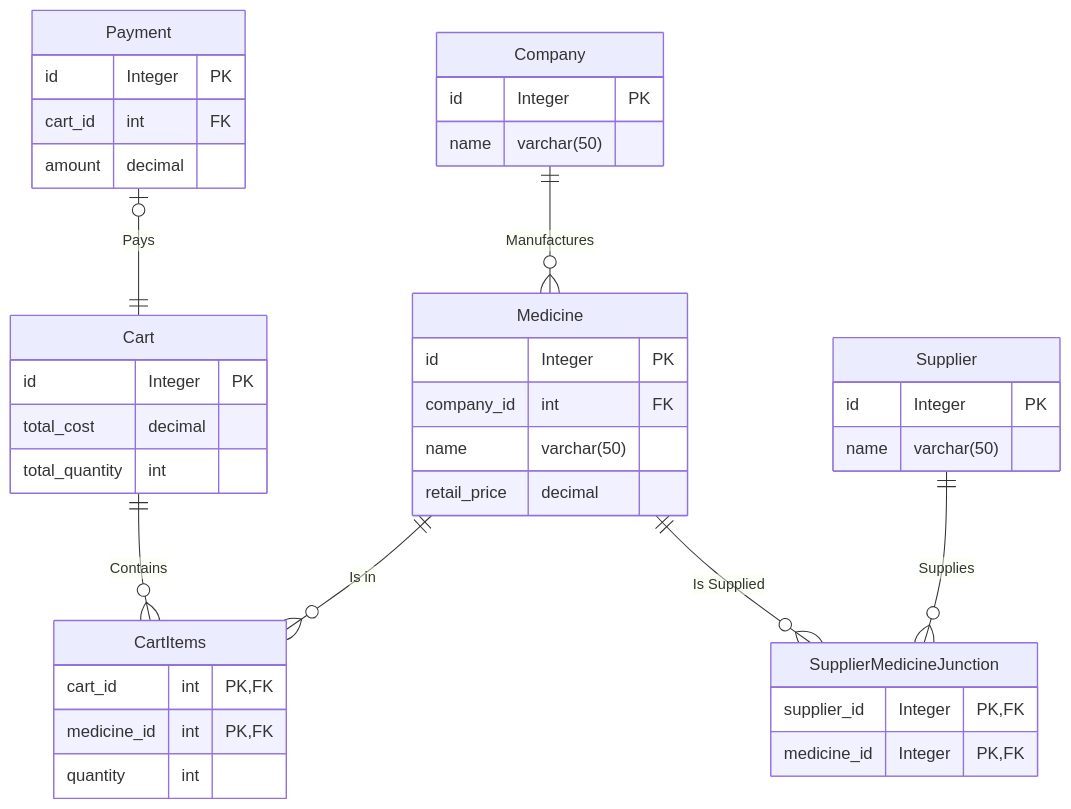
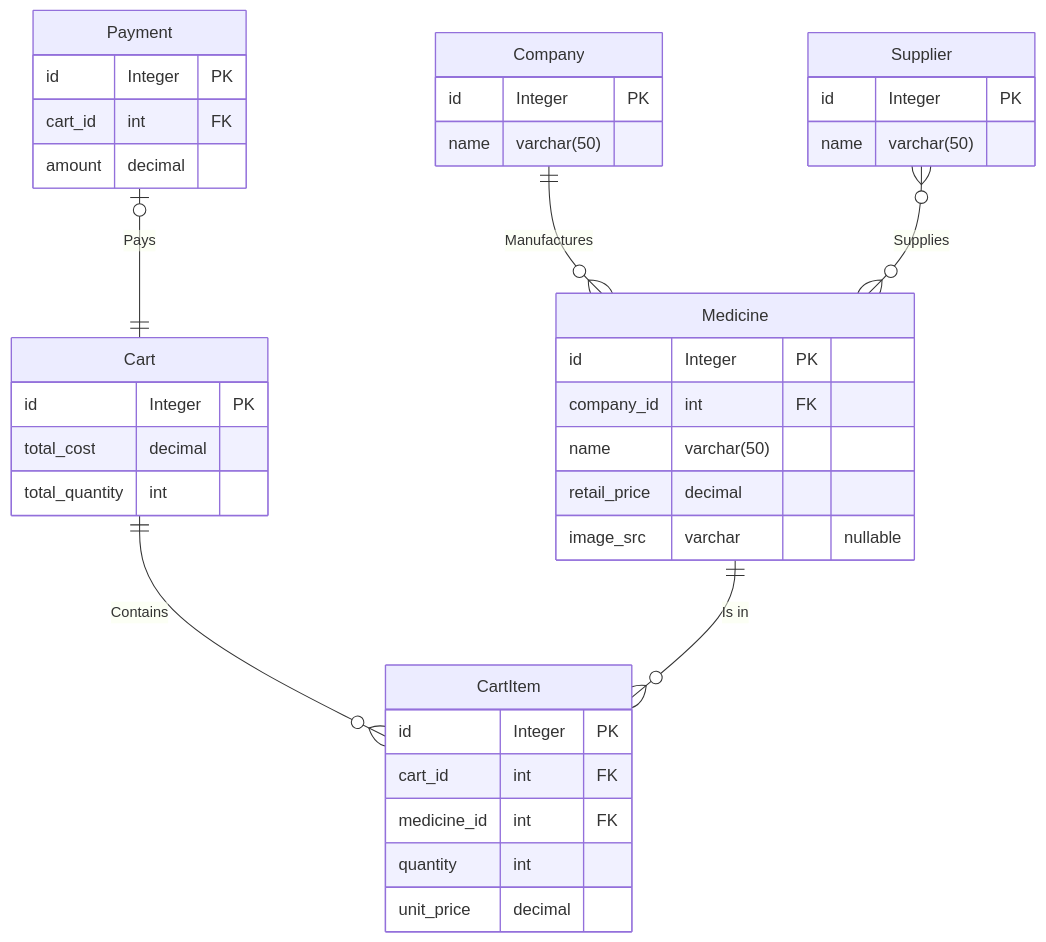
One commit to ipt-uni/Pharmacy changed the diagram in README.md. Above: the diagram before and after it, drawn with Mermaid. The commit also changed 1 other file, not shown here.

Commit message:
chore: updated er-diagram and implemented missing info

````diff
--- a/README.md
+++ b/README.md
@@ -18,45 +18,43 @@
 ```mermaid
 erDiagram
 
 Company || -- o{ Medicine : "Manufactures"
-Cart || -- o{ CartItems : "Contains"
-Medicine || -- o{ CartItems : "Is in"
-Supplier || -- o{ SupplierMedicineJunction : "Supplies"
-Medicine || -- o{ SupplierMedicineJunction : "Is Supplied"
+Cart || -- o{ CartItem : "Contains"
+Medicine || -- o{ CartItem : "Is in"
+Supplier }o -- o{ Medicine : "Supplies"
 Payment o| -- || Cart : "Pays"
 
 Medicine{
     id Integer PK
     company_id int FK
     name varchar(50)
     retail_price decimal
+    image_src varchar "nullable"
+}
+Company{
+    id Integer PK
+    name varchar(50)
 }
 Supplier{
     id Integer PK
     name varchar(50)
-}
-SupplierMedicineJunction{
-    supplier_id Integer PK,FK
-    medicine_id Integer PK,FK
 }
 Cart{
     id Integer PK
     total_cost decimal
     total_quantity int
 }
-CartItems{
-    cart_id int PK,FK
-    medicine_id int PK,FK
+CartItem{
+    id Integer PK
+    cart_id int FK
+    medicine_id int FK
     quantity int
+    unit_price decimal
 }
 Payment{
     id Integer PK
     cart_id int FK
     amount decimal
 }
-Company{
-    id Integer PK
-    name varchar(50)
-}
 
 ```
````
